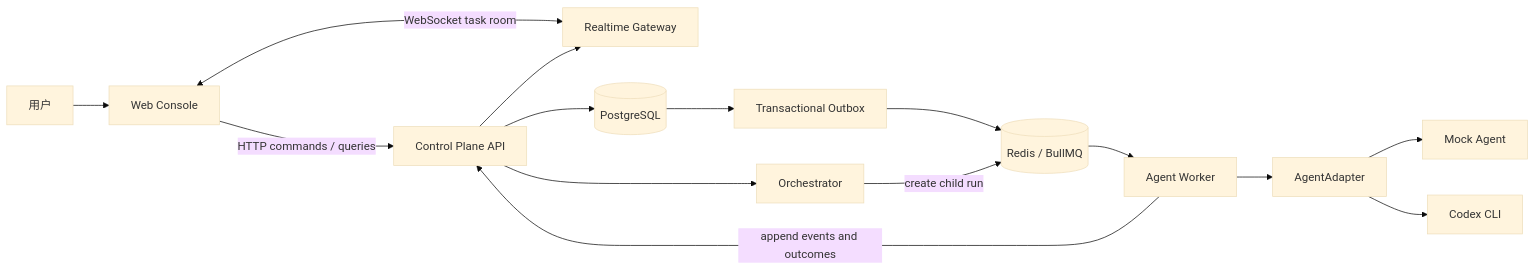
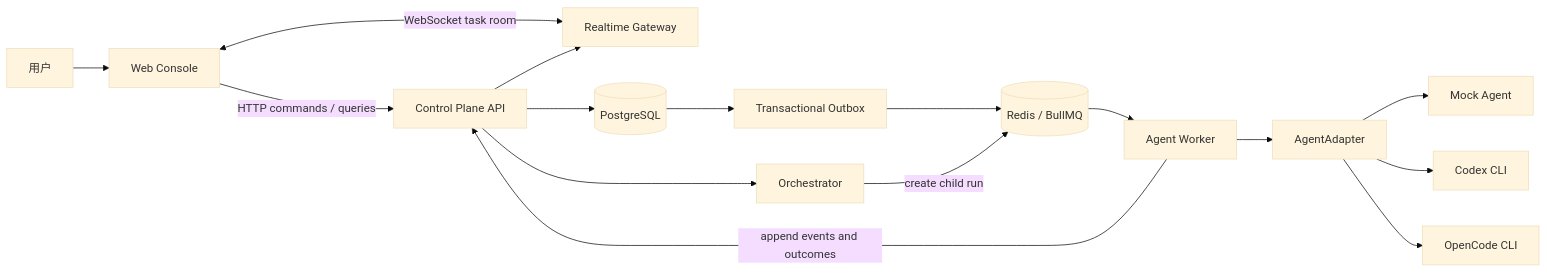
Before and after one commit to zishuo-xu/relay-hub: the first of 2 diagrams in docs/03-architecture.md, drawn with Mermaid (base theme). The commit also changed other lines of this file and 25 other files, not shown here.

Commit message:
feat: add configurable OpenCode agents

````diff
--- a/docs/03-architecture.md
+++ b/docs/03-architecture.md
@@ -58,20 +58,21 @@
 ```mermaid
 flowchart LR
     U["用户"] --> W["Web Console"]
     W -->|"HTTP commands / queries"| API["Control Plane API"]
     W <-->|"WebSocket task room"| RT["Realtime Gateway"]
 
     API --> DB[("PostgreSQL")]
     DB --> OB["Transactional Outbox"]
     OB --> Q[("Redis / BullMQ")]
     API --> RT
 
     Q --> WK["Agent Worker"]
     WK --> A["AgentAdapter"]
     A --> M["Mock Agent"]
     A --> C["Codex CLI"]
+    A --> OC["OpenCode CLI"]
     WK -->|"append events and outcomes"| API
 
     API --> O["Orchestrator"]
     O -->|"create child run"| Q
 ```
````
